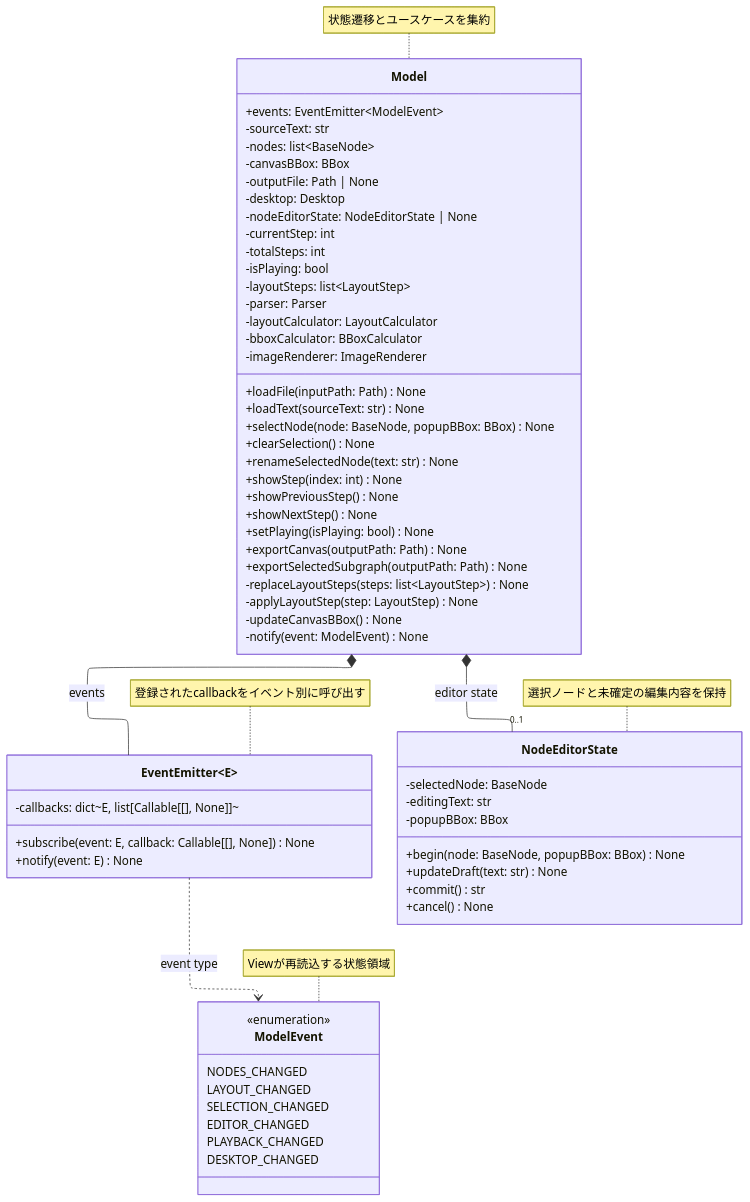
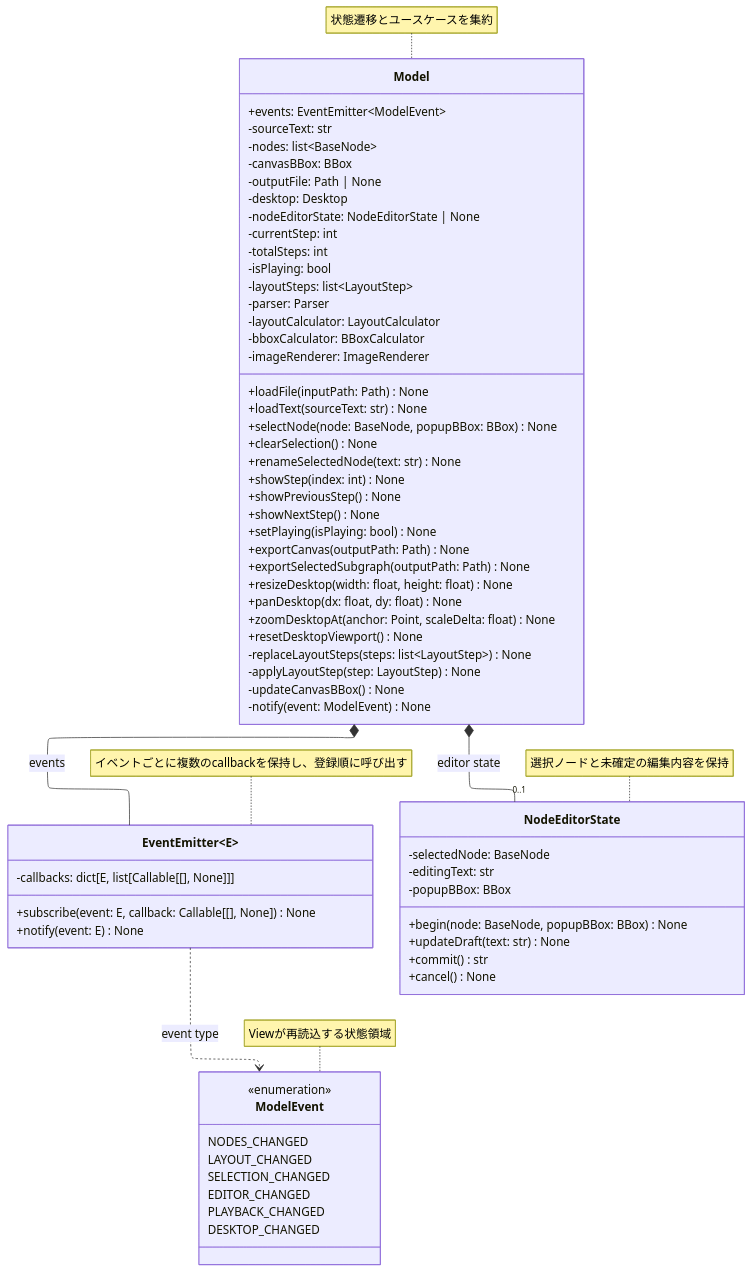
Before and after one commit to SotaTne/SEForest: the diagram in Forest_Document/DetailDesign/detail-design-2026-07-31-model.mmd, drawn with Mermaid. The commit also changed 2 other files, not shown here.

```diff
--- a/Forest_Document/DetailDesign/detail-design-2026-07-31-model.mmd
+++ b/Forest_Document/DetailDesign/detail-design-2026-07-31-model.mmd
@@ -1,83 +1,87 @@
 ---
 config:
   layout: elk
   class:
     defaultRenderer: elk
     nodeSpacing: 55
     rankSpacing: 80
 ---
 classDiagram
 direction TB
 %% display-width: 48%
 %% display-height: 520px
 
 class EventEmitter~E~ {
-  -callbacks: dict~E, list[Callable[[], None]]~
+  -callbacks: dict[E, list[Callable[[], None]]]
   +subscribe(event: E, callback: Callable[[], None]) None
   +notify(event: E) None
 }
 
 class ModelEvent {
   <<enumeration>>
   NODES_CHANGED
   LAYOUT_CHANGED
   SELECTION_CHANGED
   EDITOR_CHANGED
   PLAYBACK_CHANGED
   DESKTOP_CHANGED
 }
 
 class NodeEditorState {
   -selectedNode: BaseNode
   -editingText: str
   -popupBBox: BBox
   +begin(node: BaseNode, popupBBox: BBox) None
   +updateDraft(text: str) None
   +commit() str
   +cancel() None
 }
 
 class Model {
   +events: EventEmitter~ModelEvent~
   -sourceText: str
   -nodes: list~BaseNode~
   -canvasBBox: BBox
   -outputFile: Path | None
   -desktop: Desktop
   -nodeEditorState: NodeEditorState | None
   -currentStep: int
   -totalSteps: int
   -isPlaying: bool
   -layoutSteps: list~LayoutStep~
   -parser: Parser
   -layoutCalculator: LayoutCalculator
   -bboxCalculator: BBoxCalculator
   -imageRenderer: ImageRenderer
   +loadFile(inputPath: Path) None
   +loadText(sourceText: str) None
   +selectNode(node: BaseNode, popupBBox: BBox) None
   +clearSelection() None
   +renameSelectedNode(text: str) None
   +showStep(index: int) None
   +showPreviousStep() None
   +showNextStep() None
   +setPlaying(isPlaying: bool) None
   +exportCanvas(outputPath: Path) None
   +exportSelectedSubgraph(outputPath: Path) None
+  +resizeDesktop(width: float, height: float) None
+  +panDesktop(dx: float, dy: float) None
+  +zoomDesktopAt(anchor: Point, scaleDelta: float) None
+  +resetDesktopViewport() None
   -replaceLayoutSteps(steps: list~LayoutStep~) None
   -applyLayoutStep(step: LayoutStep) None
   -updateCanvasBBox() None
   -notify(event: ModelEvent) None
 }
 
 Model *-- EventEmitter : events
 EventEmitter ..> ModelEvent : event type
 Model *-- "0..1" NodeEditorState : editor state
 
-note for EventEmitter "登録されたcallbackをイベント別に呼び出す"
+note for EventEmitter "イベントごとに複数のcallbackを保持し、登録順に呼び出す"
 note for ModelEvent "Viewが再読込する状態領域"
 note for NodeEditorState "選択ノードと未確定の編集内容を保持"
 note for Model "状態遷移とユースケースを集約"
 
 classDef mvc fill:#eaf2ff,stroke:#54749f,color:#20334d,stroke-width:1.5px
 cssClass "EventEmitter,ModelEvent,NodeEditorState,Model" mvc
```
